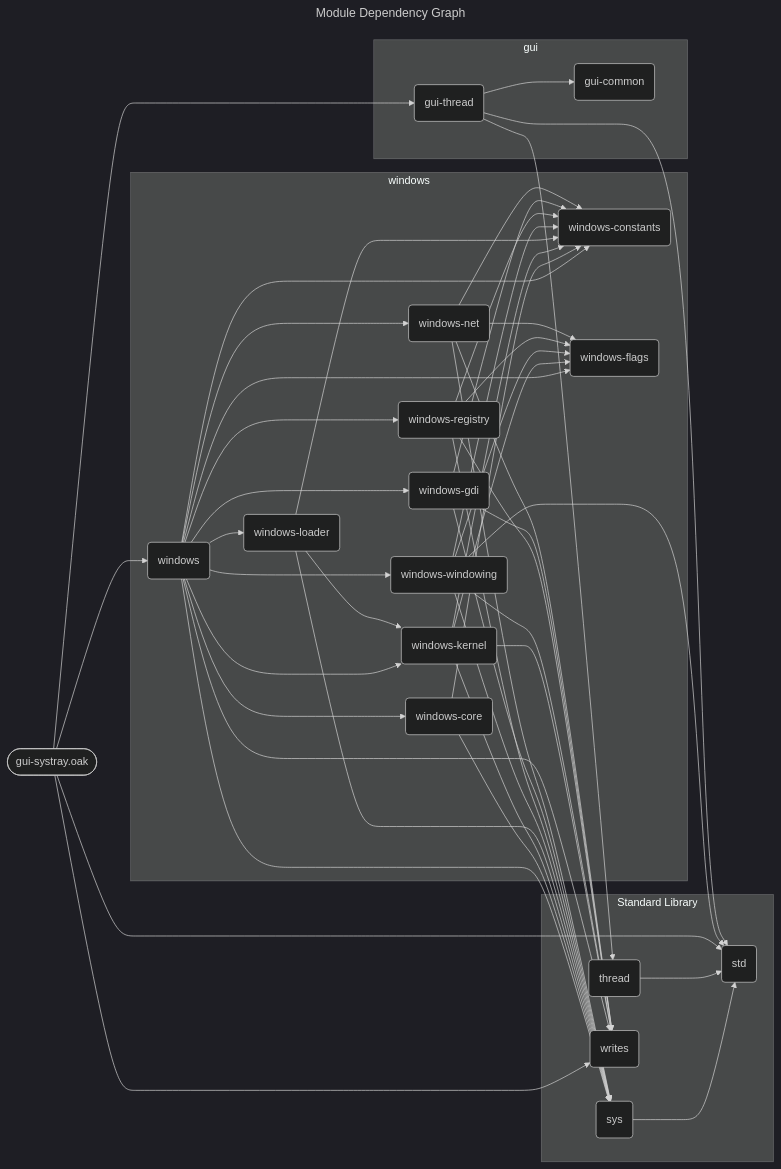
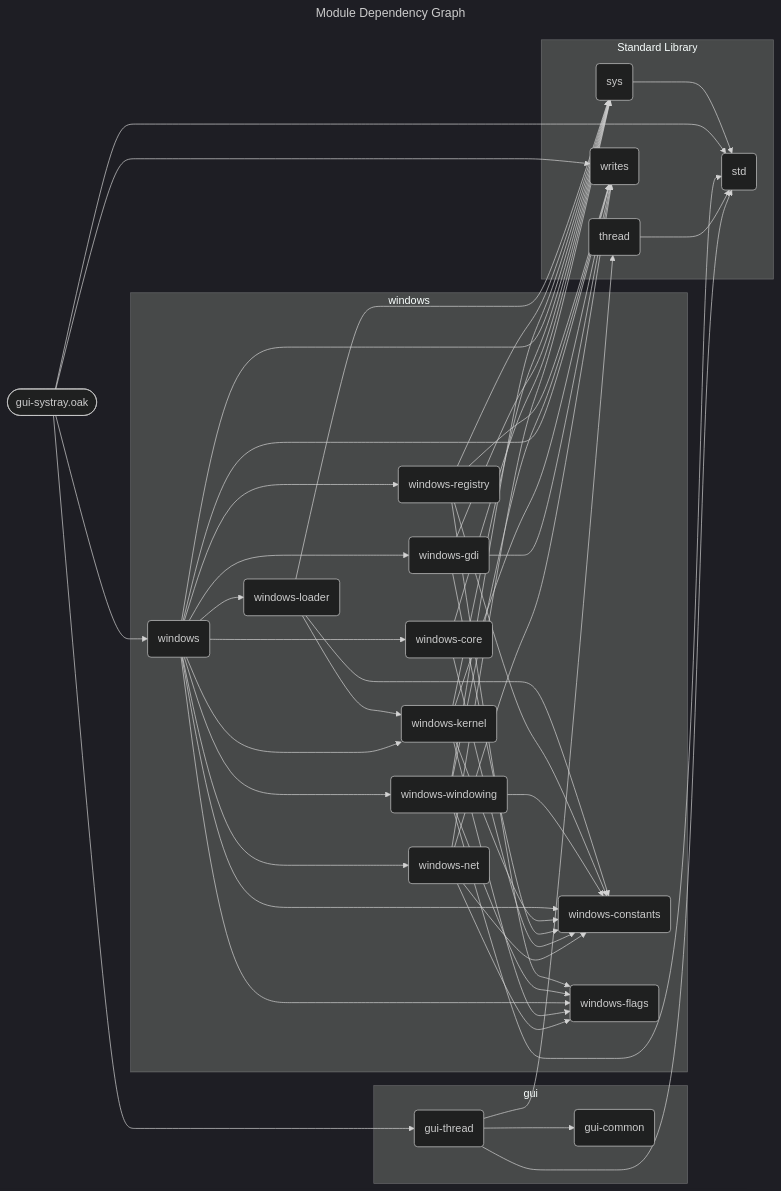
The diagram in docs/spec/gui-systray.mmd (SpcFORK/magnolia), drawn with Mermaid (dark theme) before and after one commit. The commit also changed other lines of this file and 127 other files, not shown here.

First line of the commit message:
Refactor module dependency graphs across various specifications

```diff
--- a/docs/spec/gui-systray.mmd
+++ b/docs/spec/gui-systray.mmd
@@ -1,72 +1,72 @@
 ---
 title: Module Dependency Graph
 ---
 flowchart LR
     lib_gui_systray_oak(["gui-systray.oak"])
+    subgraph stdlib_gui ["gui"]
+        gui_common("gui-common")
+        gui_thread("gui-thread")
+    end
     subgraph stdlib_windows ["windows"]
+        windows_loader("windows-loader")
+        windows_constants("windows-constants")
+        windows_registry("windows-registry")
+        windows_windowing("windows-windowing")
+        windows("windows")
+        windows_kernel("windows-kernel")
+        windows_gdi("windows-gdi")
+        windows_flags("windows-flags")
+        windows_core("windows-core")
         windows_net("windows-net")
-        windows_constants("windows-constants")
-        windows_gdi("windows-gdi")
-        windows_registry("windows-registry")
-        windows_flags("windows-flags")
-        windows_windowing("windows-windowing")
-        windows_loader("windows-loader")
-        windows_kernel("windows-kernel")
-        windows_core("windows-core")
-        windows("windows")
-    end
-    subgraph stdlib_gui ["gui"]
-        gui_thread("gui-thread")
-        gui_common("gui-common")
     end
     subgraph stdlib_core ["Standard Library"]
-        std("std")
         thread("thread")
         sys("sys")
         writes("writes")
+        std("std")
     end
-    windows_net --> sys
-    windows_net --> writes
-    windows_net --> windows_constants
-    windows_net --> windows_flags
-    windows_gdi --> sys
-    windows_gdi --> writes
-    windows_gdi --> windows_constants
-    gui_thread --> std
-    gui_thread --> thread
-    gui_thread --> gui_common
+    sys --> std
+    lib_gui_systray_oak --> std
+    lib_gui_systray_oak --> windows
+    lib_gui_systray_oak --> gui_thread
+    lib_gui_systray_oak --> writes
+    windows_loader --> sys
+    windows_loader --> windows_constants
+    windows_loader --> windows_kernel
     windows_registry --> sys
     windows_registry --> writes
     windows_registry --> windows_constants
     windows_registry --> windows_flags
     windows_windowing --> sys
     windows_windowing --> writes
     windows_windowing --> windows_constants
     windows_windowing --> windows_flags
     windows_windowing --> std
-    windows_loader --> sys
-    windows_loader --> windows_constants
-    windows_loader --> windows_kernel
-    lib_gui_systray_oak --> std
-    lib_gui_systray_oak --> windows
-    lib_gui_systray_oak --> gui_thread
-    lib_gui_systray_oak --> writes
-    thread --> std
-    sys --> std
-    windows_kernel --> sys
-    windows_kernel --> writes
-    windows_kernel --> windows_constants
-    windows_kernel --> windows_flags
-    windows_core --> sys
-    windows_core --> windows_constants
     windows --> sys
     windows --> writes
     windows --> windows_constants
     windows --> windows_flags
     windows --> windows_registry
     windows --> windows_net
     windows --> windows_windowing
     windows --> windows_gdi
     windows --> windows_kernel
     windows --> windows_loader
     windows --> windows_core
+    windows_kernel --> sys
+    windows_kernel --> writes
+    windows_kernel --> windows_constants
+    windows_kernel --> windows_flags
+    windows_gdi --> sys
+    windows_gdi --> writes
+    windows_gdi --> windows_constants
+    windows_core --> sys
+    windows_core --> windows_constants
+    thread --> std
+    windows_net --> sys
+    windows_net --> writes
+    windows_net --> windows_constants
+    windows_net --> windows_flags
+    gui_thread --> std
+    gui_thread --> thread
+    gui_thread --> gui_common
```
